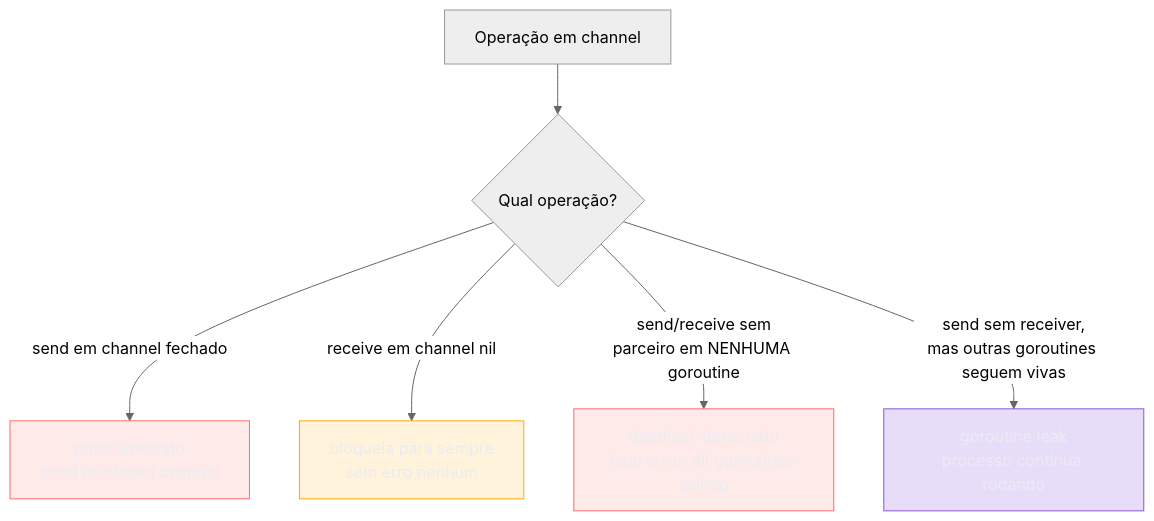
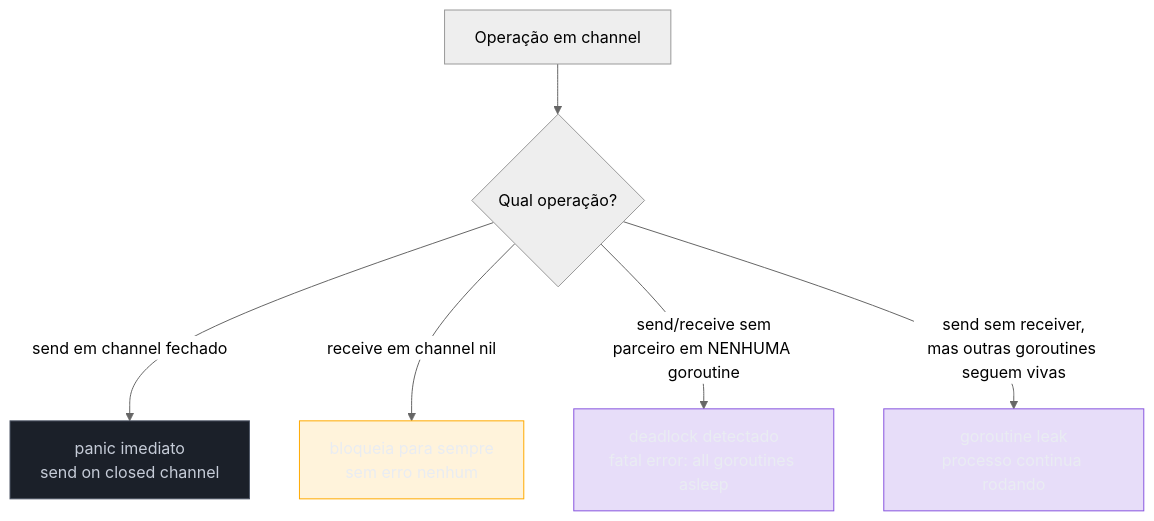
Before and after one commit to josenaldo/codex-technomanticus: the first of 4 diagrams in 03-Dominios/Tecnologia/Go/08 - Channels e select/08 - Armadilhas de channels.md, drawn with Mermaid (neutral theme). The commit also changed other lines of this file and 601 other files, not shown here.

````diff
--- a/03-Dominios/Tecnologia/Go/08 - Channels e select/08 - Armadilhas de channels.md
+++ b/03-Dominios/Tecnologia/Go/08 - Channels e select/08 - Armadilhas de channels.md
@@ -58,16 +58,16 @@
 ```mermaid
 flowchart TD
-    classDef falha fill:#FF6B6B24,stroke:#FF6B6B,color:#E9ECF2
+    classDef neutro fill:#1B2029,stroke:#4E5666,color:#C6CCD8
     classDef destaque fill:#FFAA0024,stroke:#FFAA00,color:#E9ECF2
     classDef marca fill:#8855DF33,stroke:#8855DF,color:#E9ECF2
     A["Operação em channel"] --> B{"Qual operação?"}
     B -->|"send em channel fechado"| C["panic imediato\nsend on closed channel"]
     B -->|"receive em channel nil"| D["bloqueia para sempre\nsem erro nenhum"]
     B -->|"send/receive sem\nparceiro em NENHUMA goroutine"| E["deadlock detectado\nfatal error: all goroutines asleep"]
     B -->|"send sem receiver,\nmas outras goroutines seguem vivas"| F["goroutine leak\nprocesso continua rodando"]
 
-    class C falha
+    class C neutro
     class D destaque
-    class E falha
+    class E marca
     class F marca
 ```
````
